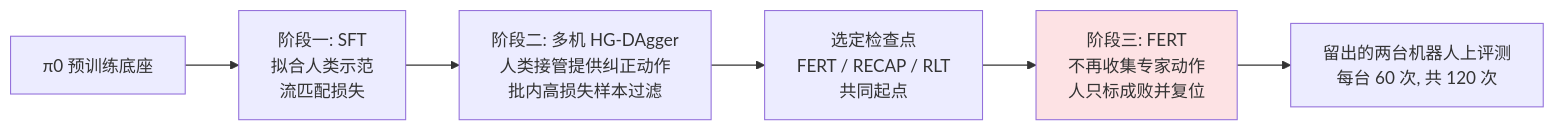
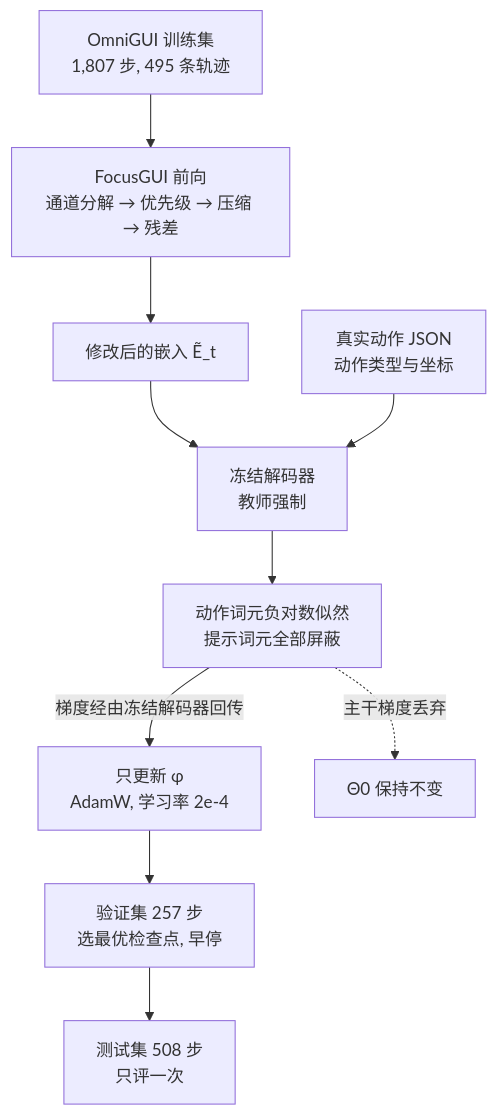
Before and after one commit to yingwang/paper-reads: the fifth of 7 diagrams in docs/index.md, drawn with Mermaid. The commit also changed other lines of this file and 2 other files, not shown here.

First line of the commit message:
Add 2026-10-21-focusgui-focused-omni-modal-gui-agents

````diff
--- a/docs/index.md
+++ b/docs/index.md
@@ -156,9 +316,12 @@
 ```mermaid
-flowchart LR
-    S0["π0 预训练底座"] --> S1["阶段一: SFT<br/>拟合人类示范<br/>流匹配损失"]
-    S1 --> S2["阶段二: 多机 HG-DAgger<br/>人类接管提供纠正动作<br/>批内高损失样本过滤"]
-    S2 --> CK["选定检查点<br/>FERT / RECAP / RLT<br/>共同起点"]
-    CK --> S3["阶段三: FERT<br/>不再收集专家动作<br/>人只标成败并复位"]
-    S3 --> EV["留出的两台机器人上评测<br/>每台 60 次, 共 120 次"]
-    style S3 fill:#fde2e4
+flowchart TD
+    D["OmniGUI 训练集<br/>1,807 步, 495 条轨迹"] --> FW["FocusGUI 前向<br/>通道分解 → 优先级 → 压缩 → 残差"]
+    FW --> EMB["修改后的嵌入 Ẽ_t"]
+    EMB --> DEC["冻结解码器<br/>教师强制"]
+    GT["真实动作 JSON<br/>动作类型与坐标"] --> DEC
+    DEC --> L["动作词元负对数似然<br/>提示词元全部屏蔽"]
+    L -->|"梯度经由冻结解码器回传"| PHI["只更新 φ<br/>AdamW, 学习率 2e-4"]
+    L -.->|"主干梯度丢弃"| FROZEN["Θ0 保持不变"]
+    PHI --> VAL["验证集 257 步<br/>选最优检查点, 早停"]
+    VAL --> TEST["测试集 508 步<br/>只评一次"]
 ```
````
